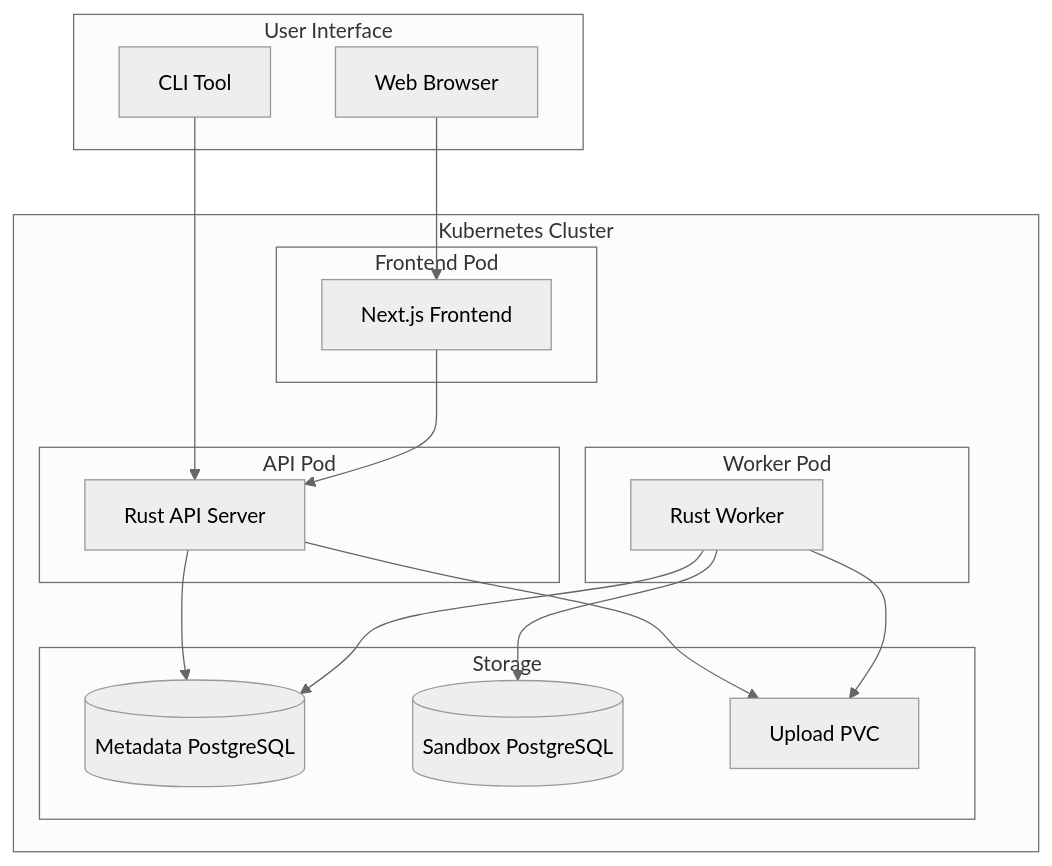
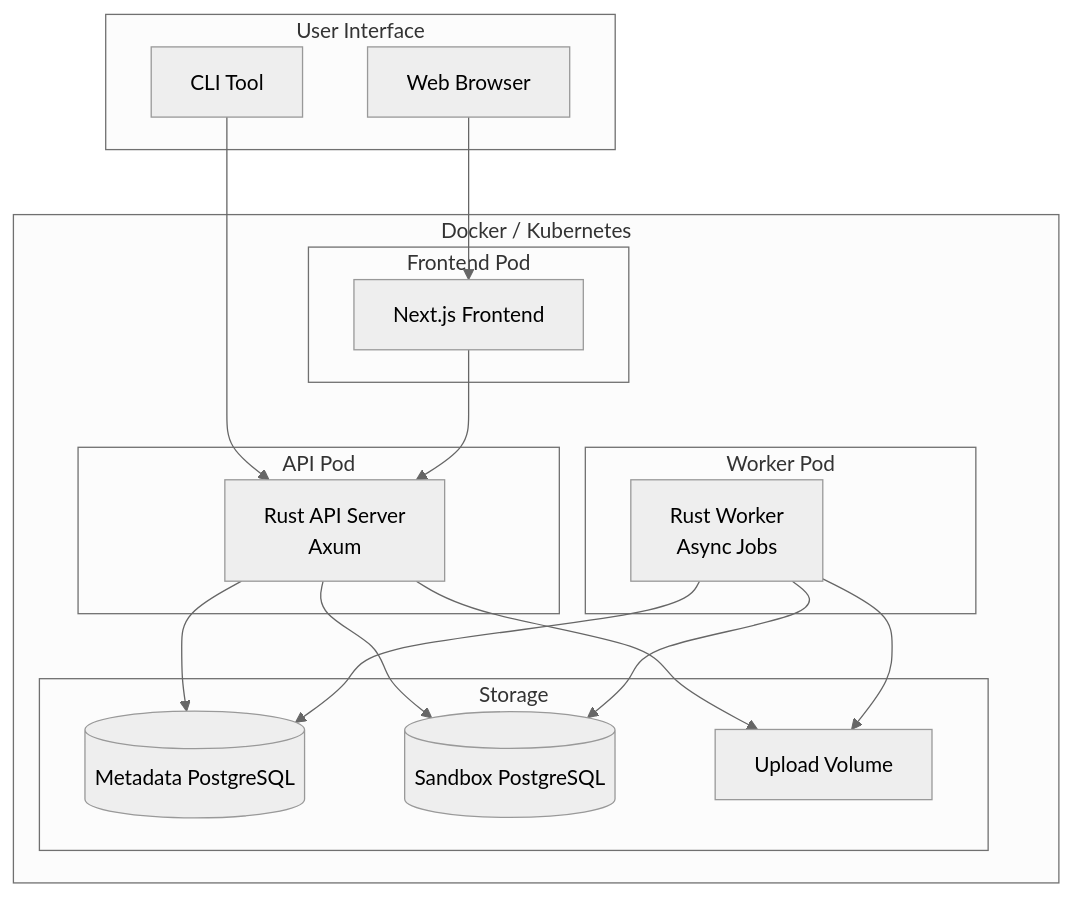
One commit to pkaiy81/PgDumpLens changed the first of 10 diagrams in docs/architecture.md. Above: the diagram before and after it, drawn with Mermaid (neutral theme). The commit also changed other lines of this file and 16 other files, not shown here.

````diff
--- a/docs/architecture.md
+++ b/docs/architecture.md
@@ -11,36 +11,37 @@
 ```mermaid
 graph TB
     subgraph "User Interface"
         UI[Web Browser]
         CLI[CLI Tool]
     end
 
-    subgraph "Kubernetes Cluster"
+    subgraph "Docker / Kubernetes"
         subgraph "Frontend Pod"
             FE[Next.js Frontend]
         end
 
         subgraph "API Pod"
-            API[Rust API Server]
+            API[Rust API Server<br/>Axum]
         end
 
         subgraph "Worker Pod"
-            WORKER[Rust Worker]
+            WORKER[Rust Worker<br/>Async Jobs]
         end
 
         subgraph "Storage"
             META[(Metadata PostgreSQL)]
             SANDBOX[(Sandbox PostgreSQL)]
-            PVC[Upload PVC]
+            PVC[Upload Volume]
         end
     end
 
     UI --> FE
     CLI --> API
     FE --> API
     API --> META
+    API --> SANDBOX
     API --> PVC
     WORKER --> META
     WORKER --> SANDBOX
     WORKER --> PVC
 ```
````
